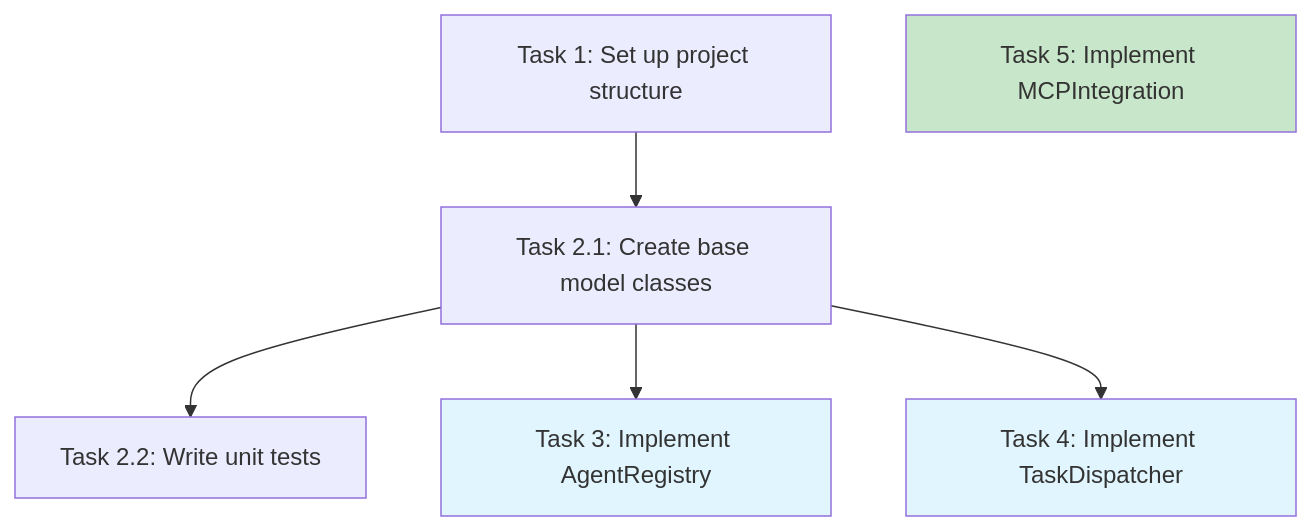
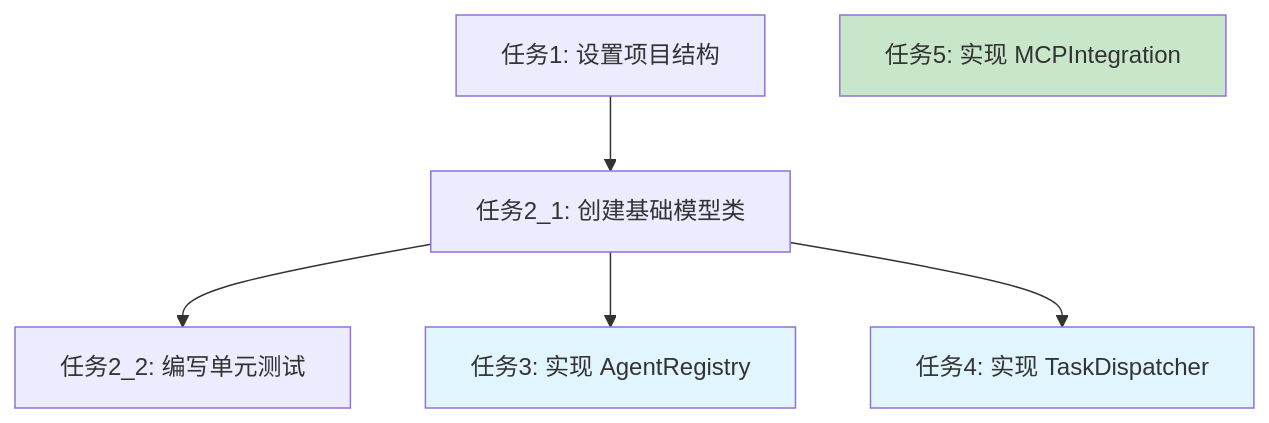
Before and after one commit to Stonelukas/stash-userscripts: the diagram in .claude/agents/kfc/spec-tasks.md, drawn with Mermaid. The commit also changed other lines of this file and 25 other files, not shown here.

````diff
--- a/.claude/agents/kfc/spec-tasks.md
+++ b/.claude/agents/kfc/spec-tasks.md
@@ -60,18 +60,18 @@
 ```mermaid
 flowchart TD
-    T1[Task 1: Set up project structure]
-    T2_1[Task 2.1: Create base model classes]
-    T2_2[Task 2.2: Write unit tests]
-    T3[Task 3: Implement AgentRegistry]
-    T4[Task 4: Implement TaskDispatcher]
-    T5[Task 5: Implement MCPIntegration]
+    T1[任务1: 设置项目结构]
+    T2_1[任务2_1: 创建基础模型类]
+    T2_2[任务2_2: 编写单元测试]
+    T3[任务3: 实现 AgentRegistry]
+    T4[任务4: 实现 TaskDispatcher]
+    T5[任务5: 实现 MCPIntegration]
     
     T1 --> T2_1
     T2_1 --> T2_2
     T2_1 --> T3
     T2_1 --> T4
     
     style T3 fill:#e1f5fe
     style T4 fill:#e1f5fe
     style T5 fill:#c8e6c9
 ```
````
